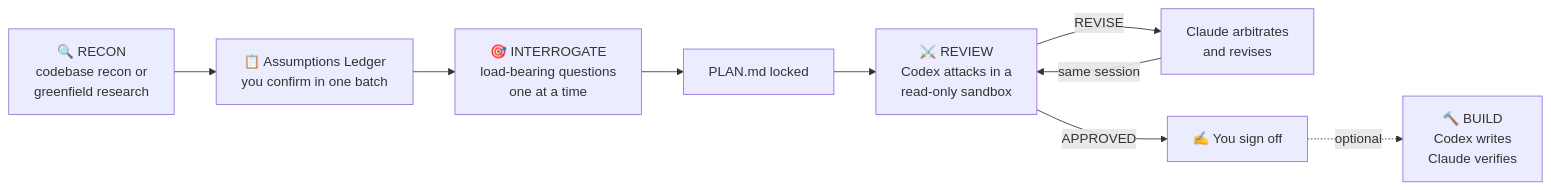
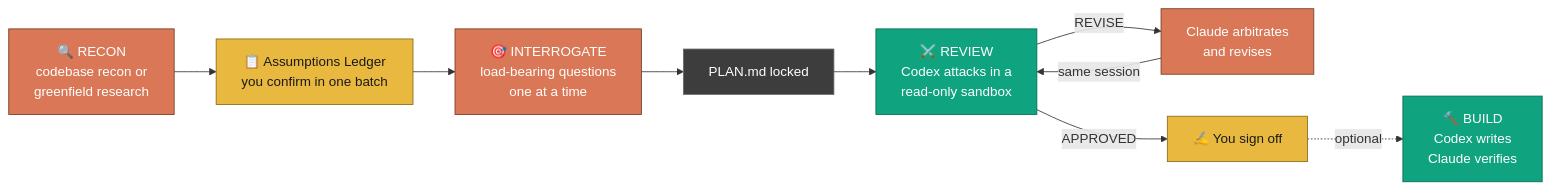
Before and after one commit to LevonFrench/claudex-loop: the diagram in README.md, drawn with Mermaid. The commit also changed other lines of this file, not shown here.

Commit message:
docs: ANSI hero logo + colored run transcript + colored mermaid

````diff
--- a/README.md
+++ b/README.md
@@ -26,11 +35,19 @@
 ```mermaid
 flowchart LR
     A["🔍 RECON<br>codebase recon or<br>greenfield research"] --> L["📋 Assumptions Ledger<br>you confirm in one batch"]
     L --> B["🎯 INTERROGATE<br>load-bearing questions<br>one at a time"]
     B --> P["PLAN.md locked"]
     P --> C["⚔️ REVIEW<br>Codex attacks in a<br>read-only sandbox"]
     C -- REVISE --> R["Claude arbitrates<br>and revises"]
     R -- same session --> C
     C -- APPROVED --> S["✍️ You sign off"]
     S -. optional .-> D["🔨 BUILD<br>Codex writes<br>Claude verifies"]
+    classDef claude fill:#d97757,stroke:#7a3a24,color:#fff
+    classDef codex fill:#10a37f,stroke:#0a6b54,color:#fff
+    classDef human fill:#e8b93e,stroke:#8a6a14,color:#1a1a1a
+    classDef artifact fill:#3d3d3d,stroke:#6b6b6b,color:#fff
+    class A,B,R claude
+    class C,D codex
+    class L,S human
+    class P artifact
 ```
````
